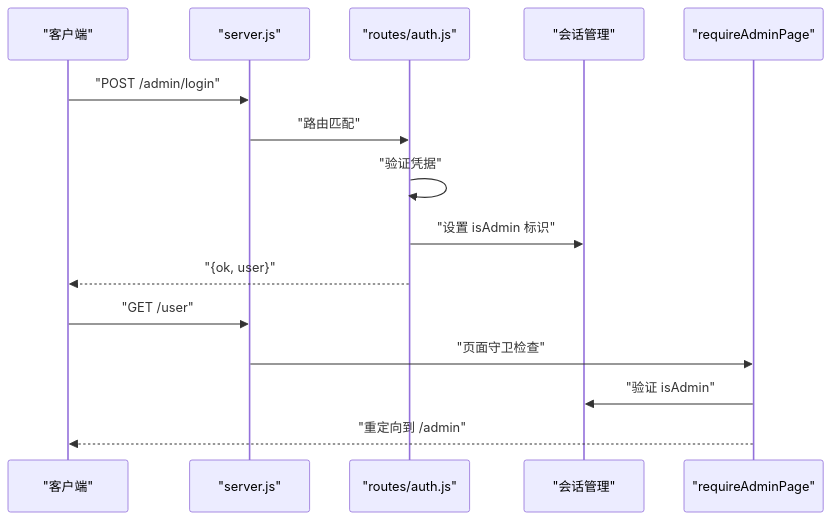
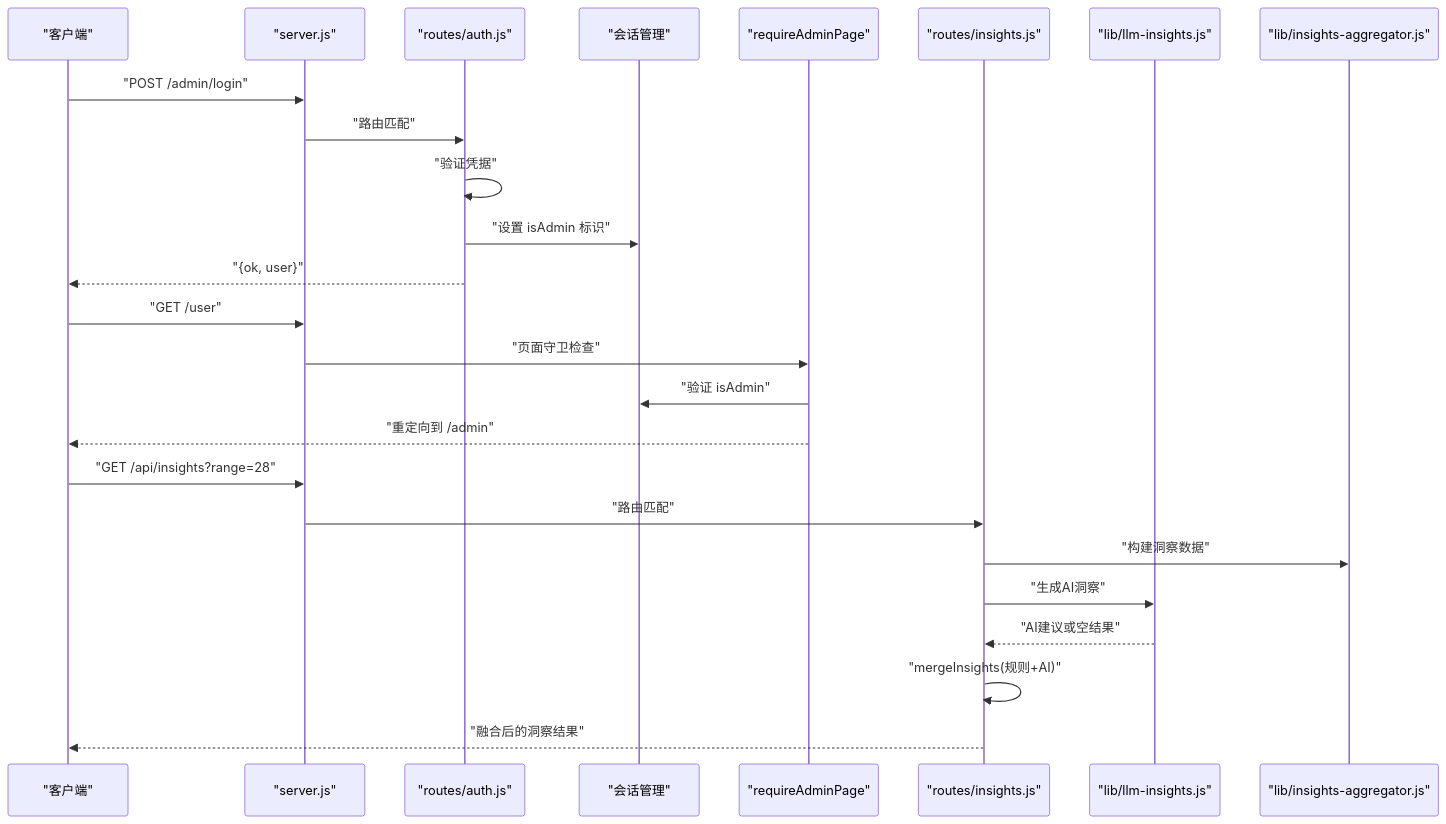
Before and after one commit to kissingwolf/CopilotEnterpriseUsageDisplay: the second of 7 diagrams in .qoder/repowiki/zh/content/路由系统/路由系统.md, drawn with Mermaid. The commit also changed other lines of this file and 4 other files, not shown here.

Commit message:
docs(wiki): update repowiki with LLM insights system and related module docs

````diff
--- a/.qoder/repowiki/zh/content/路由系统/路由系统.md
+++ b/.qoder/repowiki/zh/content/路由系统/路由系统.md
@@ -156,17 +179,27 @@
 ```mermaid
 sequenceDiagram
 participant Client as "客户端"
 participant Server as "server.js"
 participant Auth as "routes/auth.js"
 participant Session as "会话管理"
 participant Guard as "requireAdminPage"
+participant Insights as "routes/insights.js"
+participant LLM as "lib/llm-insights.js"
+participant Agg as "lib/insights-aggregator.js"
 Client->>Server : "POST /admin/login"
 Server->>Auth : "路由匹配"
 Auth->>Auth : "验证凭据"
 Auth->>Session : "设置 isAdmin 标识"
 Auth-->>Client : "{ok, user}"
 Client->>Server : "GET /user"
 Server->>Guard : "页面守卫检查"
 Guard->>Session : "验证 isAdmin"
 Guard-->>Client : "重定向到 /admin"
+Client->>Server : "GET /api/insights?range=28"
+Server->>Insights : "路由匹配"
+Insights->>Agg : "构建洞察数据"
+Insights->>LLM : "生成AI洞察"
+LLM-->>Insights : "AI建议或空结果"
+Insights->>Insights : "mergeInsights(规则+AI)"
+Insights-->>Client : "融合后的洞察结果"
 ```
````
